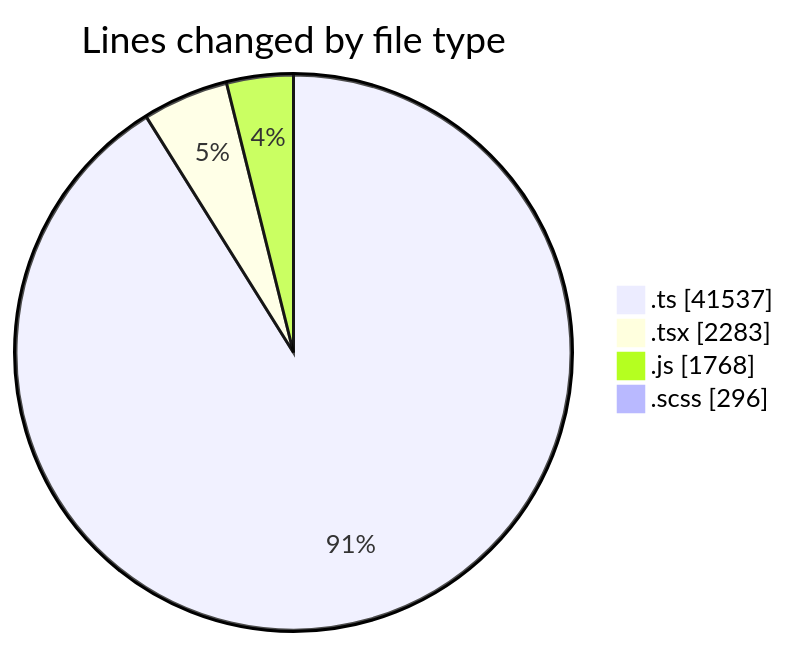
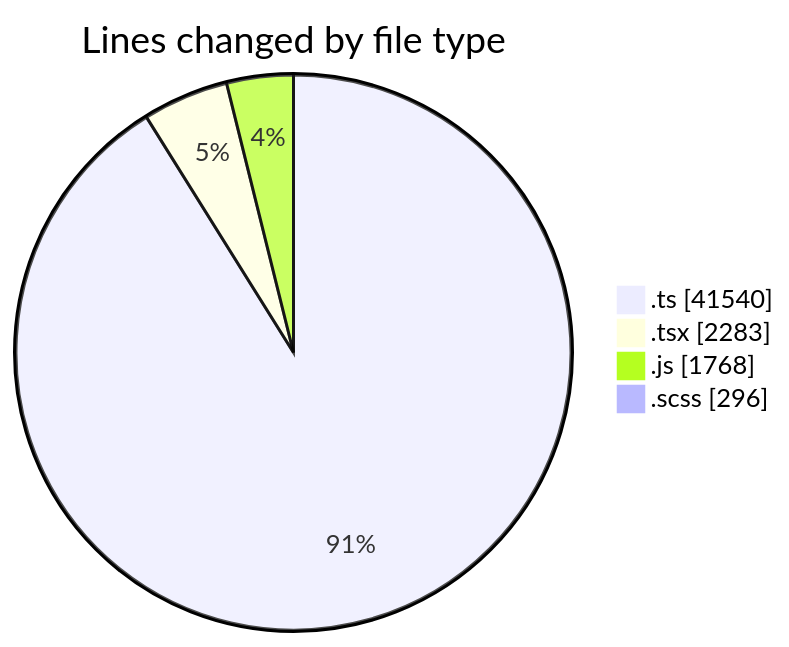
Before and after one commit to momahboobian/code-tracking: the first of 2 diagrams in 2025-06-23/cda/README.md, drawn with Mermaid. The commit also changed other lines of this file and 1 other file, not shown here.

````diff
--- a/2025-06-23/cda/README.md
+++ b/2025-06-23/cda/README.md
@@ -39,8 +39,8 @@
 ```mermaid
 pie showData
 title Lines changed by file type
-".ts" : 41537
+".ts" : 41540
 ".tsx" : 2283
 ".js" : 1768
 ".scss" : 296
 ```
````
